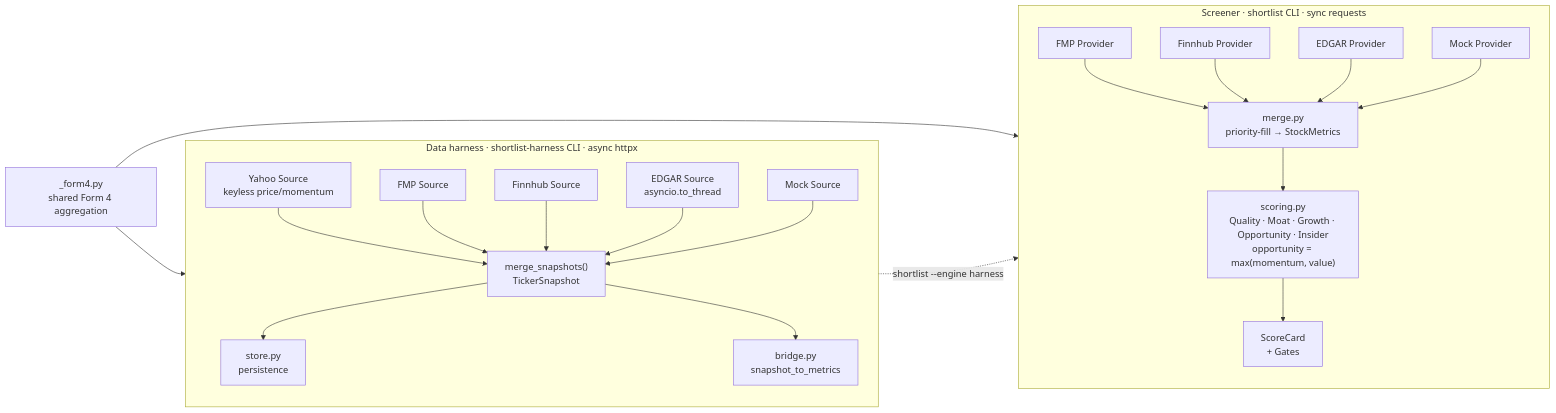
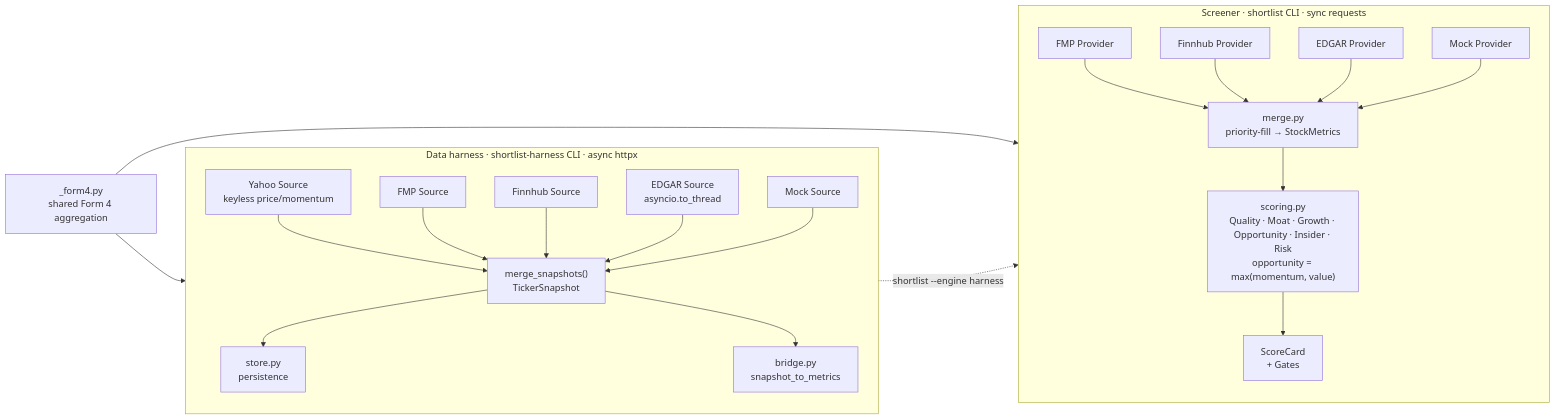
Before and after one commit to christurgeon/shortlist: the second of 2 diagrams in README.md, drawn with Mermaid. The commit also changed other lines of this file and 3 other files, not shown here.

````diff
--- a/README.md
+++ b/README.md
@@ -38,46 +50,46 @@
 ```mermaid
 flowchart LR
     subgraph screener ["Screener  ·  shortlist CLI  ·  sync requests"]
         direction TB
         SP1["FMP Provider"]
         SP2["Finnhub Provider"]
         SP3["EDGAR Provider"]
         SP4["Mock Provider"]
         MG["merge.py\npriority-fill → StockMetrics"]
-        SC["scoring.py\nQuality · Moat · Growth · Opportunity · Insider\nopportunity = max(momentum, value)"]
+        SC["scoring.py\nQuality · Moat · Growth · Opportunity · Insider · Risk\nopportunity = max(momentum, value)"]
         CARD["ScoreCard\n+ Gates"]
 
         SP1 --> MG
         SP2 --> MG
         SP3 --> MG
         SP4 --> MG
         MG --> SC
         SC --> CARD
     end
 
     subgraph harness ["Data harness  ·  shortlist-harness CLI  ·  async httpx"]
         direction TB
         HS0["Yahoo Source\nkeyless price/momentum"]
         HS1["FMP Source"]
         HS2["Finnhub Source"]
         HS3["EDGAR Source\nasyncio.to_thread"]
         HS4["Mock Source"]
         HM["merge_snapshots()\nTickerSnapshot"]
         BR["bridge.py\nsnapshot_to_metrics"]
         STORE["store.py\npersistence"]
 
         HS0 --> HM
         HS1 --> HM
         HS2 --> HM
         HS3 --> HM
         HS4 --> HM
         HM --> STORE
         HM --> BR
     end
 
     F4["_form4.py\nshared Form 4 aggregation"]
     F4 --> SP3
     F4 --> HS3
 
     BR -.->|"shortlist --engine harness"| SC
 ```
````
